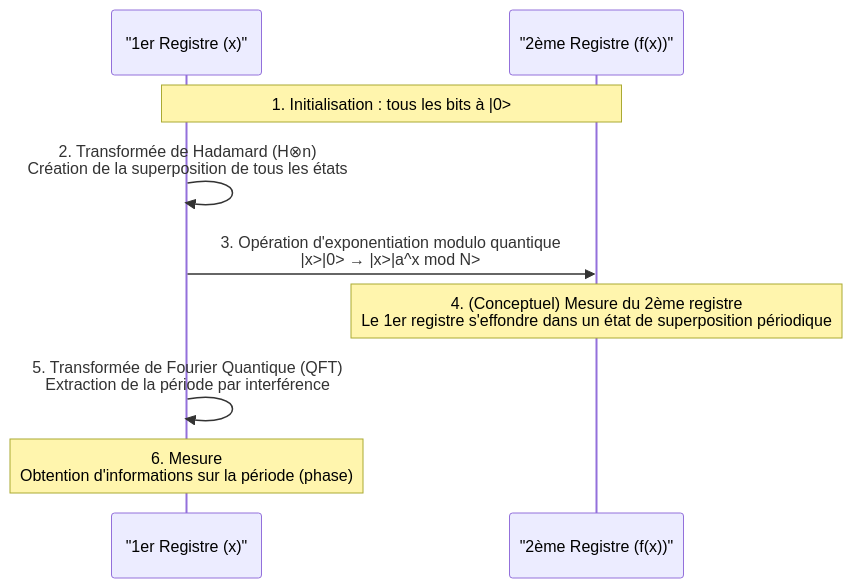
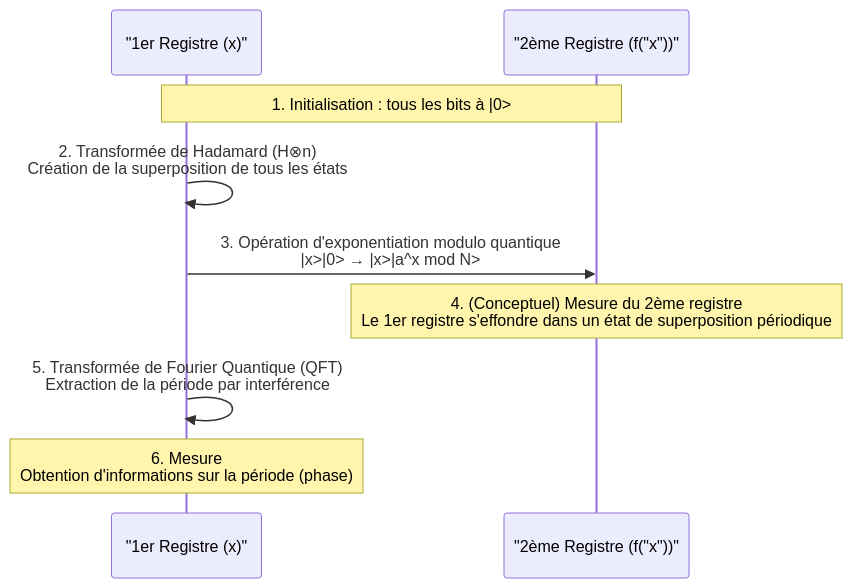
One commit to kenjinote/blog changed the second of 2 diagrams in content/post/quantum-computing-shors-algorithm/index.fr.md. Above: the diagram before and after it, drawn with Mermaid. The commit also changed 929 other files, not shown here.

Commit message:
fix: Add double quotes to all Mermaid node texts to resolve syntax errors

````diff
--- a/content/post/quantum-computing-shors-algorithm/index.fr.md
+++ b/content/post/quantum-computing-shors-algorithm/index.fr.md
@@ -197,12 +197,12 @@
 ```mermaid
 sequenceDiagram
     participant Q_Reg1 as "1er Registre (x)"
-    participant Q_Reg2 as "2ème Registre (f(x))"
+    participant Q_Reg2 as "2ème Registre (f("x"))"
     
     Note over Q_Reg1,Q_Reg2: 1. Initialisation : tous les bits à |0>
     Q_Reg1->>Q_Reg1: 2. Transformée de Hadamard (H⊗n) <br/>Création de la superposition de tous les états
     Q_Reg1->>Q_Reg2: 3. Opération d'exponentiation modulo quantique <br/> |x>|0> → |x>|a^x mod N>
     Note over Q_Reg2: 4. (Conceptuel) Mesure du 2ème registre<br/>Le 1er registre s'effondre dans un état de superposition périodique
     Q_Reg1->>Q_Reg1: 5. Transformée de Fourier Quantique (QFT)<br/>Extraction de la période par interférence
     Note over Q_Reg1: 6. Mesure<br/>Obtention d'informations sur la période (phase)
 ```
````
